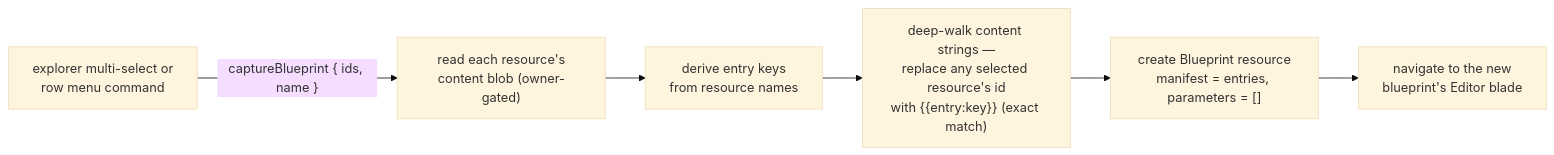
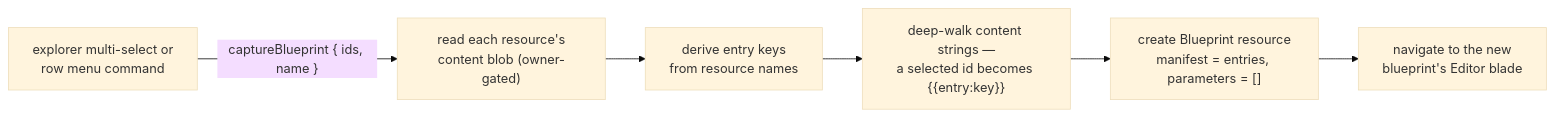
The diagram in packages/app/content/docs/platform/blueprint-capture.md (Esposter/Esposter), drawn with Mermaid (base theme) before and after one commit. The commit also changed 8 other files, not shown here.

First line of the commit message:
docs(diagrams): sweep platform/, and widen the reference-product rule

````diff
--- a/packages/app/content/docs/platform/blueprint-capture.md
+++ b/packages/app/content/docs/platform/blueprint-capture.md
@@ -14,8 +14,8 @@
 ```mermaid
 flowchart LR
   SEL["explorer multi-select or<br/>row menu command"] -->|"captureBlueprint { ids, name }"| READ["read each resource's<br/>content blob (owner-gated)"]
   READ --> KEYS["derive entry keys<br/>from resource names"]
-  KEYS --> REWRITE["deep-walk content strings —<br/>replace any selected resource's id<br/>with {{entry:key}} (exact match)"]
+  KEYS --> REWRITE["deep-walk content strings —<br/>a selected id becomes {{entry:key}}"]
   REWRITE --> CREATE["create Blueprint resource<br/>manifest = entries, parameters = []"]
   CREATE --> NAV["navigate to the new<br/>blueprint's Editor blade"]
 ```
````
